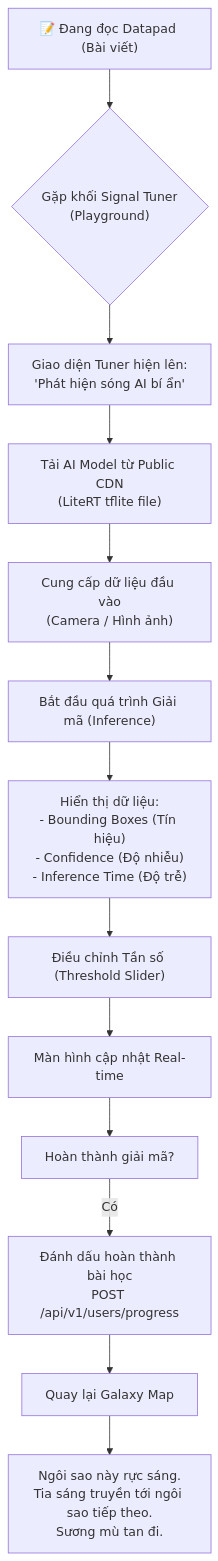
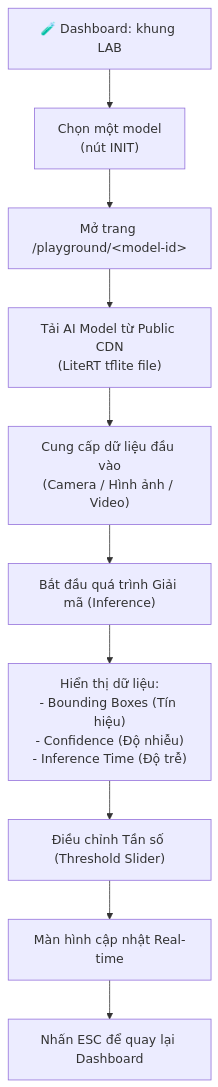
The second of 5 diagrams in docs/analysis/user-flows.md (iAmHieu2012/Sequoia), drawn with Mermaid before and after one commit. The commit also changed other lines of this file and 6 other files, not shown here.

First line of the commit message:
docs: align privacy policy, API contract and playground docs with the app

````diff
--- a/docs/analysis/user-flows.md
+++ b/docs/analysis/user-flows.md
@@ -40,19 +40,14 @@
 ```mermaid
 flowchart TD
-    A["📝 Đang đọc Datapad (Bài viết)"] --> B{"Gặp khối Signal Tuner<br/>(Playground)"}
-    
-    B --> C["Giao diện Tuner hiện lên:<br/>'Phát hiện sóng AI bí ẩn'"]
+    A["🧪 Dashboard: khung LAB"] --> B["Chọn một model<br/>(nút INIT)"]
+    B --> C["Mở trang /playground/&lt;model-id&gt;"]
     C --> D["Tải AI Model từ Public CDN<br/>(LiteRT tflite file)"]
-    D --> E["Cung cấp dữ liệu đầu vào<br/>(Camera / Hình ảnh)"]
-    
+    D --> E["Cung cấp dữ liệu đầu vào<br/>(Camera / Hình ảnh / Video)"]
+
     E --> F["Bắt đầu quá trình Giải mã (Inference)"]
     F --> G["Hiển thị dữ liệu:<br/>- Bounding Boxes (Tín hiệu)<br/>- Confidence (Độ nhiễu)<br/>- Inference Time (Độ trễ)"]
-    
+
     G --> H["Điều chỉnh Tần số (Threshold Slider)"]
     H --> I["Màn hình cập nhật Real-time"]
-    I --> J["Hoàn thành giải mã?"]
-    
-    J -->|"Có"| K["Đánh dấu hoàn thành bài học<br/>POST /api/v1/users/progress"]
-    K --> L["Quay lại Galaxy Map"]
-    L --> M["Ngôi sao này rực sáng.<br/>Tia sáng truyền tới ngôi sao tiếp theo.<br/>Sương mù tan đi."]
+    I --> J["Nhấn ESC để quay lại Dashboard"]
 ```
````
